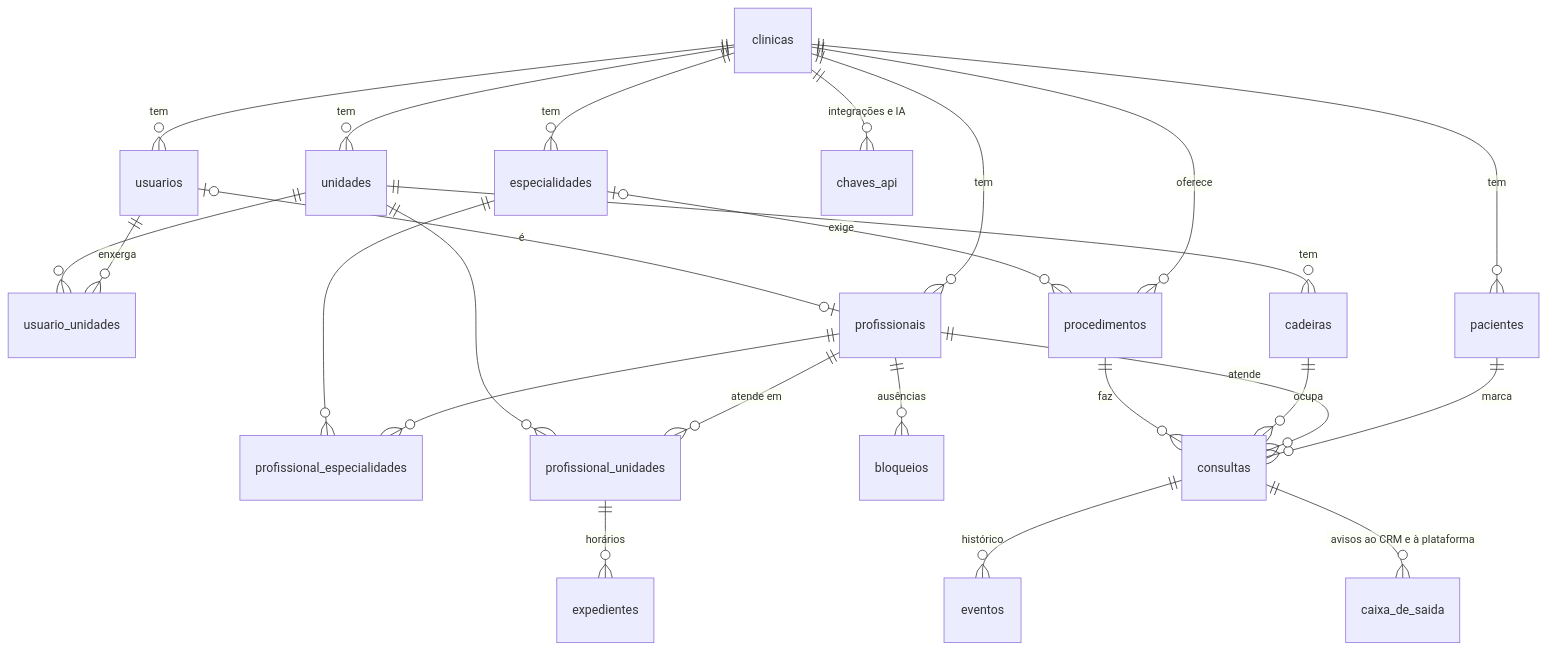
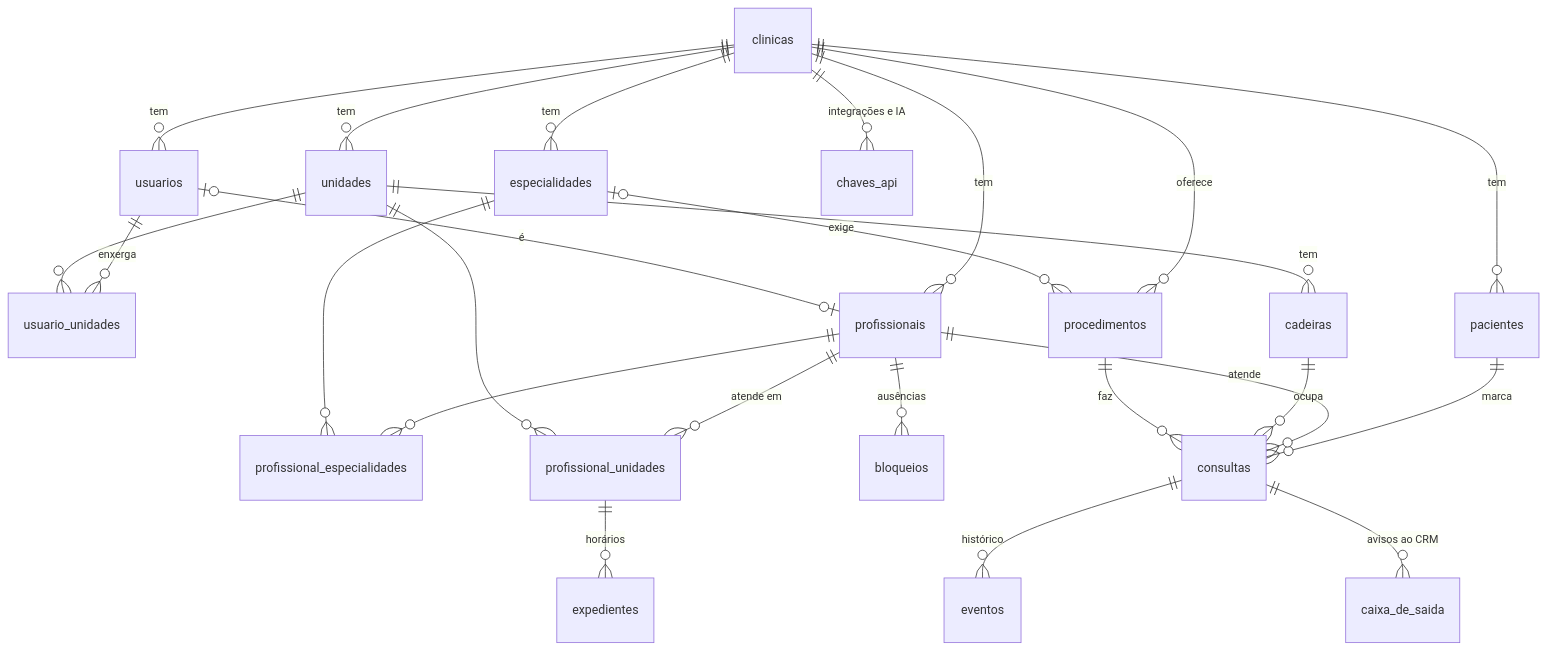
Before and after one commit to contactIA/Contact-Calendar: the diagram in docs/modelo-de-dados.md, drawn with Mermaid. The commit also changed other lines of this file and 24 other files, not shown here.

````diff
--- a/docs/modelo-de-dados.md
+++ b/docs/modelo-de-dados.md
@@ -34,27 +34,27 @@
 ```mermaid
 erDiagram
   clinicas ||--o{ usuarios : "tem"
   clinicas ||--o{ unidades : "tem"
   usuarios ||--o{ usuario_unidades : "enxerga"
   unidades ||--o{ usuario_unidades : ""
   unidades ||--o{ cadeiras : "tem"
   clinicas ||--o{ especialidades : "tem"
   clinicas ||--o{ procedimentos : "oferece"
   especialidades |o--o{ procedimentos : "exige"
   clinicas ||--o{ profissionais : "tem"
   usuarios |o--o| profissionais : "é"
   profissionais ||--o{ profissional_especialidades : ""
   especialidades ||--o{ profissional_especialidades : ""
   profissionais ||--o{ profissional_unidades : "atende em"
   unidades ||--o{ profissional_unidades : ""
   profissional_unidades ||--o{ expedientes : "horários"
   profissionais ||--o{ bloqueios : "ausências"
   clinicas ||--o{ pacientes : "tem"
   pacientes ||--o{ consultas : "marca"
   profissionais ||--o{ consultas : "atende"
   cadeiras ||--o{ consultas : "ocupa"
   procedimentos ||--o{ consultas : "faz"
   consultas ||--o{ eventos : "histórico"
-  consultas ||--o{ caixa_de_saida : "avisos ao CRM e à plataforma"
+  consultas ||--o{ caixa_de_saida : "avisos ao CRM"
   clinicas ||--o{ chaves_api : "integrações e IA"
 ```
````
